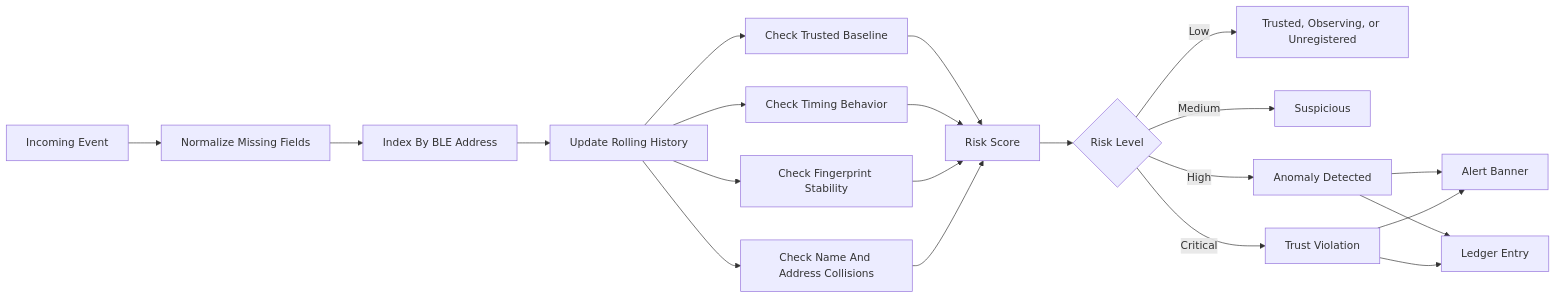
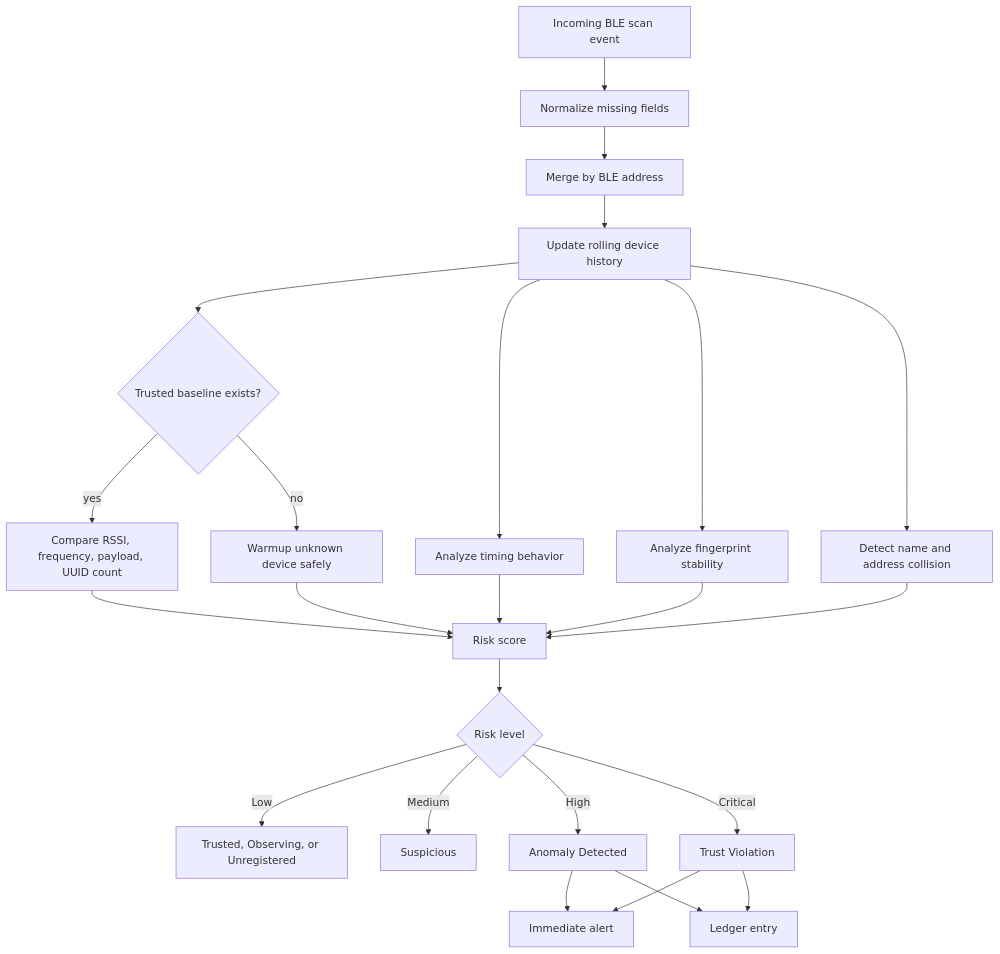
Before and after one commit to manasvi-0523/BLE_TRUST-REGISTRY: the third of 3 diagrams in README.md, drawn with Mermaid. The commit also changed other lines of this file, not shown here.

````diff
--- a/README.md
+++ b/README.md
@@ -72,26 +88,31 @@
 ```mermaid
-flowchart LR
-    A["Incoming Event"] --> B["Normalize Missing Fields"]
-    B --> C["Index By BLE Address"]
-    C --> D["Update Rolling History"]
-    D --> E["Check Trusted Baseline"]
-    D --> F["Check Timing Behavior"]
-    D --> G["Check Fingerprint Stability"]
-    D --> H["Check Name And Address Collisions"]
+flowchart TD
+    A[Incoming BLE scan event] --> B[Normalize missing fields]
+    B --> C[Merge by BLE address]
+    C --> D[Update rolling device history]
+    D --> E{Trusted baseline exists?}
 
-    E --> I["Risk Score"]
-    F --> I
-    G --> I
-    H --> I
+    E -- yes --> F[Compare RSSI, frequency, payload, UUID count]
+    E -- no --> G[Warmup unknown device safely]
 
-    I --> J{"Risk Level"}
-    J -->|Low| K["Trusted, Observing, or Unregistered"]
-    J -->|Medium| L["Suspicious"]
-    J -->|High| M["Anomaly Detected"]
-    J -->|Critical| N["Trust Violation"]
+    D --> H[Analyze timing behavior]
+    D --> I[Analyze fingerprint stability]
+    D --> J[Detect name and address collision]
 
-    M --> O["Alert Banner"]
-    N --> O
-    M --> P["Ledger Entry"]
-    N --> P
+    F --> K[Risk score]
+    G --> K
+    H --> K
+    I --> K
+    J --> K
+
+    K --> L{Risk level}
+    L -- Low --> M[Trusted, Observing, or Unregistered]
+    L -- Medium --> N[Suspicious]
+    L -- High --> O[Anomaly Detected]
+    L -- Critical --> P[Trust Violation]
+
+    O --> Q[Immediate alert]
+    P --> Q
+    O --> R[Ledger entry]
+    P --> R
 ```
````
